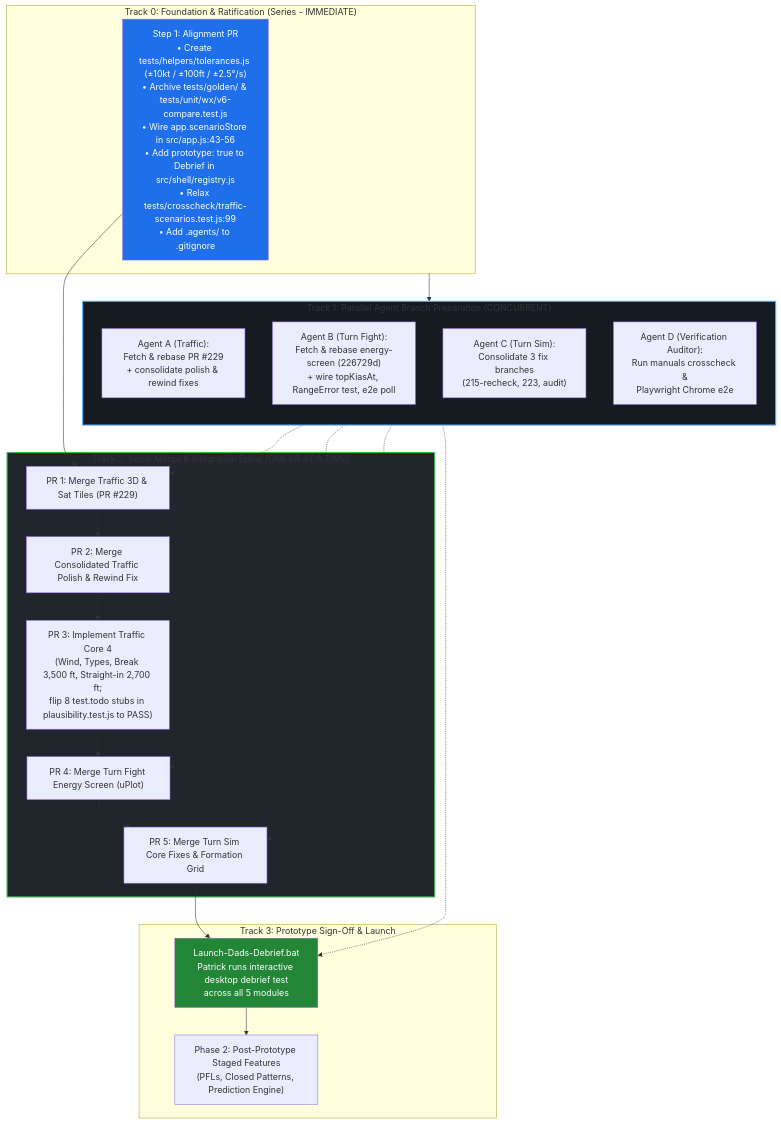
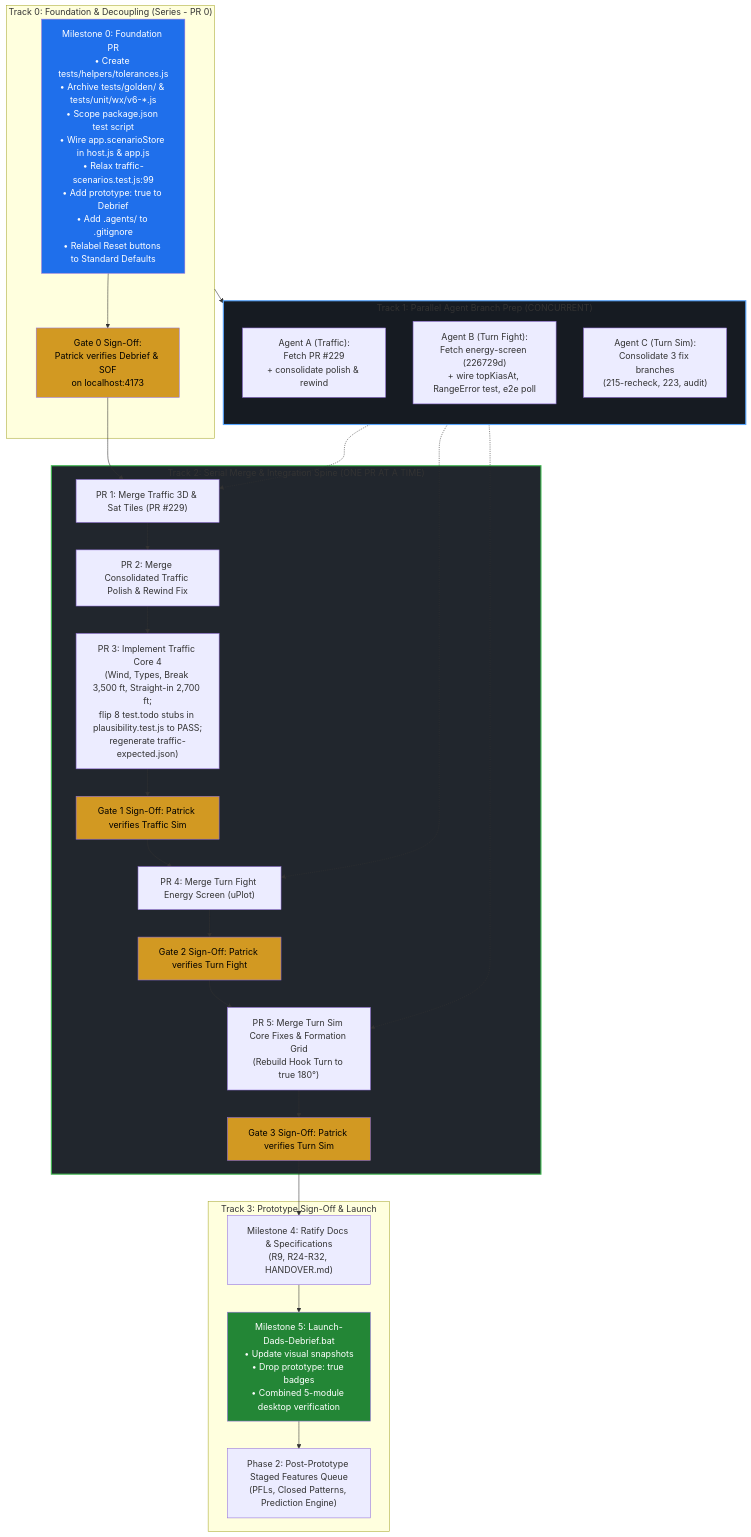
The diagram in docs/records/remediation-roadmap.md (LIZARDHANDS-commits/Dads-debreif), drawn with Mermaid before and after one commit. The commit also changed other lines of this file and 102 other files, not shown here.

First line of the commit message:
feat(foundation): Milestone 0 V6 decoupling, pilot domain tolerances & host wiring

````diff
--- a/docs/records/remediation-roadmap.md
+++ b/docs/records/remediation-roadmap.md
@@ -58,45 +200,57 @@
 ```mermaid
 flowchart TD
-    subgraph Foundation["Track 0: Foundation & Ratification (Series - IMMEDIATE)"]
-        F1["Step 1: Alignment PR<br/>• Create tests/helpers/tolerances.js (±10kt / ±100ft / ±2.5°/s)<br/>• Archive tests/golden/ & tests/unit/wx/v6-compare.test.js<br/>• Wire app.scenarioStore in src/app.js:43-56<br/>• Add prototype: true to Debrief in src/shell/registry.js<br/>• Relax tests/crosscheck/traffic-scenarios.test.js:99<br/>• Add .agents/ to .gitignore"]
+    subgraph Foundation["Track 0: Foundation & Decoupling (Series - PR 0)"]
+        F1["Milestone 0: Foundation PR<br/>• Create tests/helpers/tolerances.js<br/>• Archive tests/golden/ & tests/unit/wx/v6-*.js<br/>• Scope package.json test script<br/>• Wire app.scenarioStore in host.js & app.js<br/>• Relax traffic-scenarios.test.js:99<br/>• Add prototype: true to Debrief<br/>• Add .agents/ to .gitignore<br/>• Relabel Reset buttons to Standard Defaults"]
+        G0["Gate 0 Sign-Off:<br/>Patrick verifies Debrief & SOF<br/>on localhost:4173"]
     end
 
-    subgraph ParallelPrep["Track 1: Parallel Agent Branch Preparation (CONCURRENT)"]
+    subgraph ParallelPrep["Track 1: Parallel Agent Branch Prep (CONCURRENT)"]
         direction TB
-        P_TR["Agent A (Traffic):<br/>Fetch & rebase PR #229<br/>+ consolidate polish & rewind fixes"]
-        P_TF["Agent B (Turn Fight):<br/>Fetch & rebase energy-screen (226729d)<br/>+ wire topKiasAt, RangeError test, e2e poll"]
+        P_TR["Agent A (Traffic):<br/>Fetch PR #229<br/>+ consolidate polish & rewind"]
+        P_TF["Agent B (Turn Fight):<br/>Fetch energy-screen (226729d)<br/>+ wire topKiasAt, RangeError test, e2e poll"]
         P_TS["Agent C (Turn Sim):<br/>Consolidate 3 fix branches<br/>(215-recheck, 223, audit)"]
-        P_AUDIT["Agent D (Verification Auditor):<br/>Run manuals crosscheck &<br/>Playwright Chrome e2e"]
     end
 
     subgraph SeriesMerge["Track 2: Serial Merge & Integration Spine (ONE PR AT A TIME)"]
         M1["PR 1: Merge Traffic 3D & Sat Tiles (PR #229)"]
         M2["PR 2: Merge Consolidated Traffic Polish & Rewind Fix"]
-        M3["PR 3: Implement Traffic Core 4<br/>(Wind, Types, Break 3,500 ft, Straight-in 2,700 ft;<br/>flip 8 test.todo stubs in plausibility.test.js to PASS)"]
+        M3["PR 3: Implement Traffic Core 4<br/>(Wind, Types, Break 3,500 ft, Straight-in 2,700 ft;<br/>flip 8 test.todo stubs in plausibility.test.js to PASS;<br/>regenerate traffic-expected.json)"]
+        G1["Gate 1 Sign-Off: Patrick verifies Traffic Sim"]
         M4["PR 4: Merge Turn Fight Energy Screen (uPlot)"]
-        M5["PR 5: Merge Turn Sim Core Fixes & Formation Grid"]
+        G2["Gate 2 Sign-Off: Patrick verifies Turn Fight"]
+        M5["PR 5: Merge Turn Sim Core Fixes & Formation Grid<br/>(Rebuild Hook Turn to true 180°)"]
+        G3["Gate 3 Sign-Off: Patrick verifies Turn Sim"]
     end
 
     subgraph Delivery["Track 3: Prototype Sign-Off & Launch"]
-        SIGN["Launch-Dads-Debrief.bat<br/>Patrick runs interactive desktop debrief test<br/>across all 5 modules"]
-        PHASE2["Phase 2: Post-Prototype Staged Features<br/>(PFLs, Closed Patterns, Prediction Engine)"]
+        DOCS["Milestone 4: Ratify Docs & Specifications<br/>(R9, R24-R32, HANDOVER.md)"]
+        SIGN["Milestone 5: Launch-Dads-Debrief.bat<br/>• Update visual snapshots<br/>• Drop prototype: true badges<br/>• Combined 5-module desktop verification"]
+        PHASE2["Phase 2: Post-Prototype Staged Features Queue<br/>(PFLs, Closed Patterns, Prediction Engine)"]
     end
 
     Foundation --> ParallelPrep
-    F1 --> M1
+    F1 --> G0
+    G0 --> M1
     P_TR -.-> M1
     M1 --> M2
     M2 --> M3
+    M3 --> G1
+    G1 --> M4
     P_TF -.-> M4
-    M3 --> M4
+    M4 --> G2
+    G2 --> M5
     P_TS -.-> M5
-    M4 --> M5
-    M5 --> SIGN
-    P_AUDIT -.-> SIGN
+    M5 --> G3
+    G3 --> DOCS
+    DOCS --> SIGN
     SIGN --> PHASE2
 
     style F1 fill:#1f6feb,color:#fff
+    style G0 fill:#d29922,color:#000
+    style G1 fill:#d29922,color:#000
+    style G2 fill:#d29922,color:#000
+    style G3 fill:#d29922,color:#000
     style SIGN fill:#238636,color:#fff
     style ParallelPrep fill:#161b22,stroke:#58a6ff,stroke-width:2px
     style SeriesMerge fill:#21262d,stroke:#3fb950,stroke-width:2px
 ```
````
